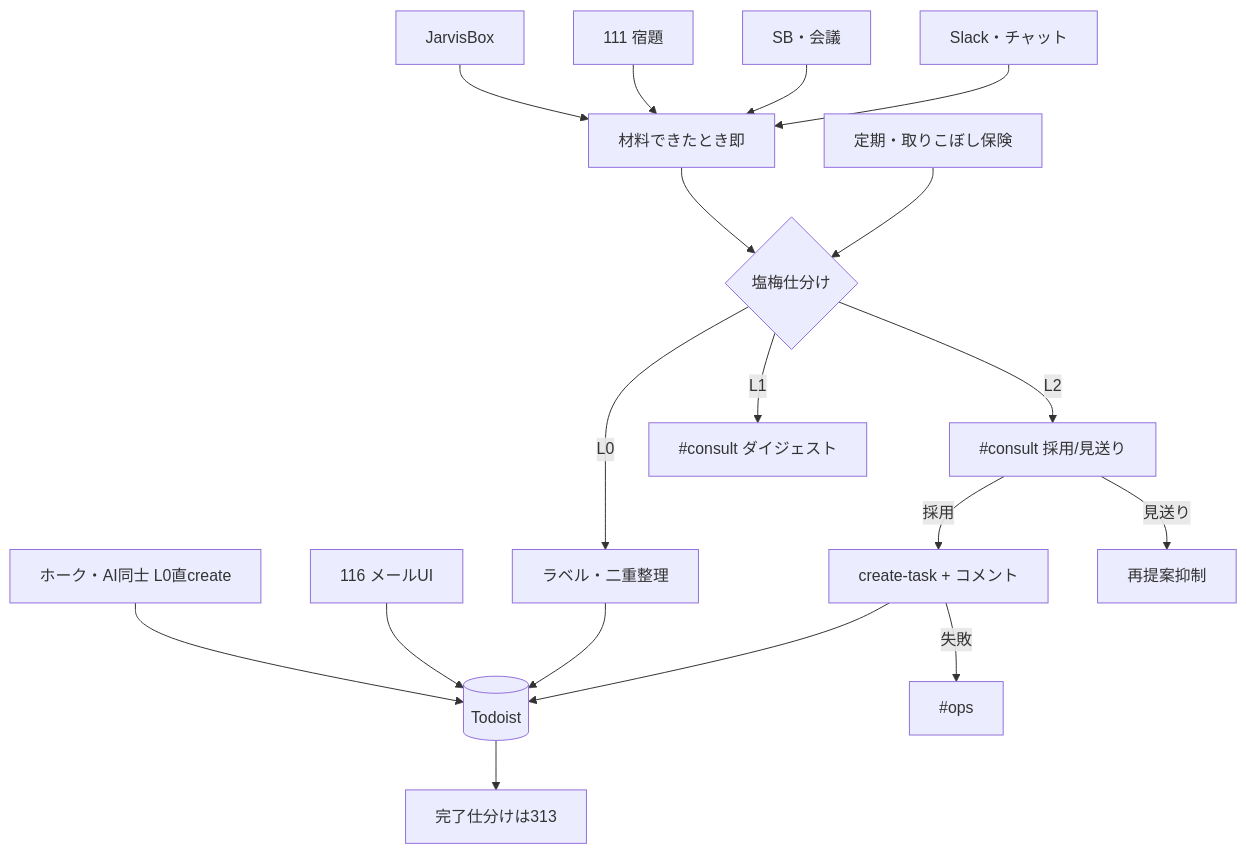
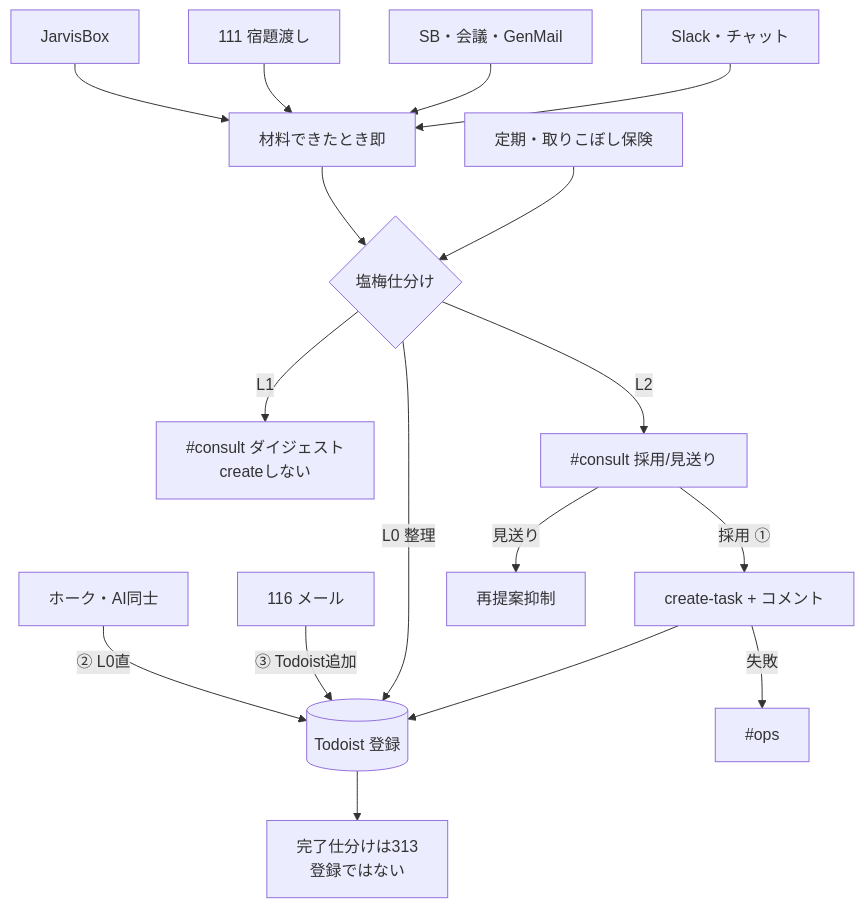
The diagram in docs/AIエージェントチーム/300_品質・タスク運用管理室/312_Todoist起票整理係/flow.md (m19mhrts83-cyber/project-GE), drawn with Mermaid before and after one commit. The commit also changed other lines of this file and 3 other files, not shown here.

````diff
--- a/docs/AIエージェントチーム/300_品質・タスク運用管理室/312_Todoist起票整理係/flow.md
+++ b/docs/AIエージェントチーム/300_品質・タスク運用管理室/312_Todoist起票整理係/flow.md
@@ -58,20 +82,19 @@
 ```mermaid
 flowchart TD
-  Hawk["ホーク・AI同士 L0直create"] --> Td[(Todoist)]
   Box["JarvisBox"] --> Immediate["材料できたとき即"]
-  Partner["111 宿題"] --> Immediate
-  SB["SB・会議"] --> Immediate
+  Partner["111 宿題渡し"] --> Immediate
+  SB["SB・会議・GenMail"] --> Immediate
   SlackCh["Slack・チャット"] --> Immediate
-  Mail["116 メールUI"] --> Td
   Immediate --> Rank{"塩梅仕分け"}
   Periodic["定期・取りこぼし保険"] --> Rank
-  Rank -->|L0| Org["ラベル・二重整理"]
-  Rank -->|L1| Digest["#consult ダイジェスト"]
+  Hawk["ホーク・AI同士"] -->|② L0直| Td[(Todoist 登録)]
+  Mail["116 メール"] -->|③ Todoist追加| Td
+  Rank -->|L0 整理| Td
+  Rank -->|L1| Digest["#consult ダイジェスト<br/>createしない"]
   Rank -->|L2| Card["#consult 採用/見送り"]
-  Card -->|採用| Create["create-task + コメント"]
+  Card -->|採用 ①| Create["create-task + コメント"]
   Card -->|見送り| Skip["再提案抑制"]
   Create --> Td
-  Org --> Td
-  Td --> Done313["完了仕分けは313"]
+  Td --> Done313["完了仕分けは313<br/>登録ではない"]
   Create -->|失敗| Ops["#ops"]
 ```
````
